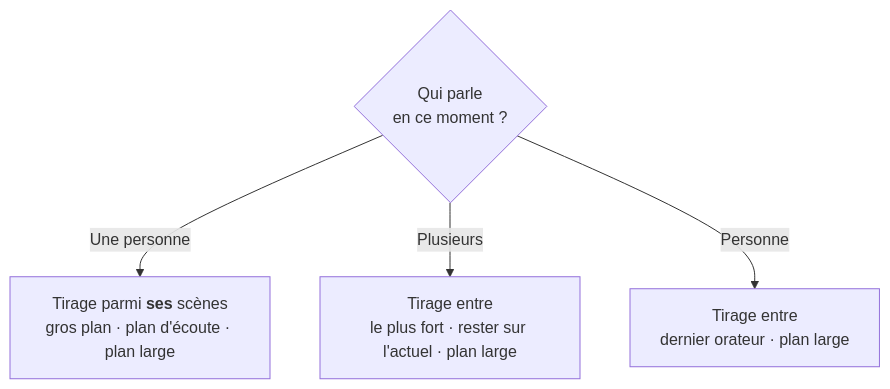
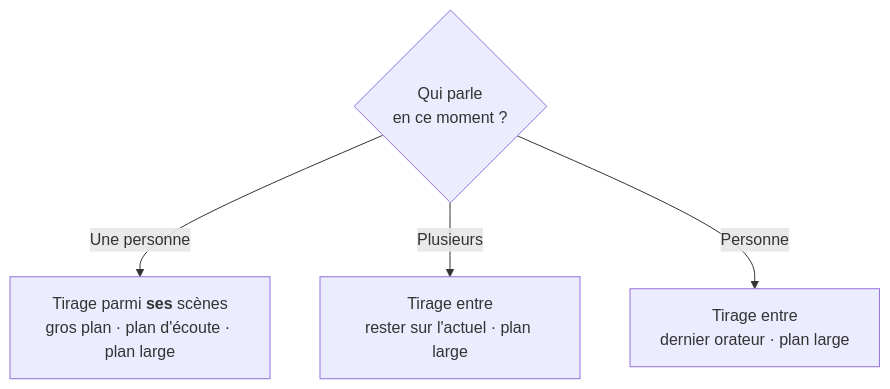
One commit to DavidClaudeAI/Flowspire changed the diagram in README.fr.md. Above: the diagram before and after it, drawn with Mermaid. The commit also changed other lines of this file and 7 other files, not shown here.

````diff
--- a/README.fr.md
+++ b/README.fr.md
@@ -83,7 +83,7 @@
 ```mermaid
 flowchart TD
     Q{"Qui parle<br/>en ce moment ?"}
     Q -->|Une personne| P1["Tirage parmi <b>ses</b> scènes<br/>gros plan · plan d'écoute · plan large"]
-    Q -->|Plusieurs| P2["Tirage entre<br/>le plus fort · rester sur l'actuel · plan large"]
+    Q -->|Plusieurs| P2["Tirage entre<br/>rester sur l'actuel · plan large"]
     Q -->|Personne| P3["Tirage entre<br/>dernier orateur · plan large"]
 ```
````
